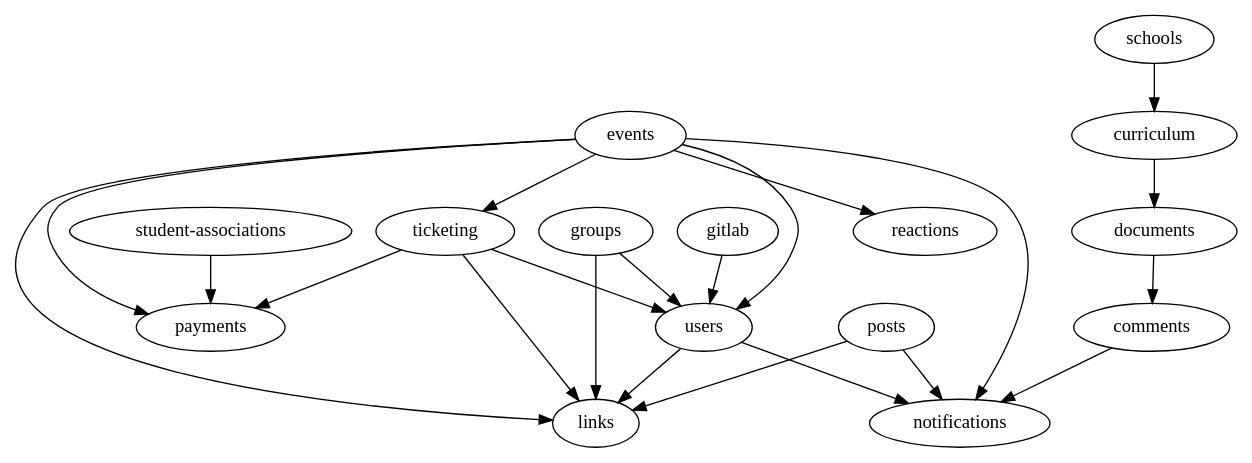
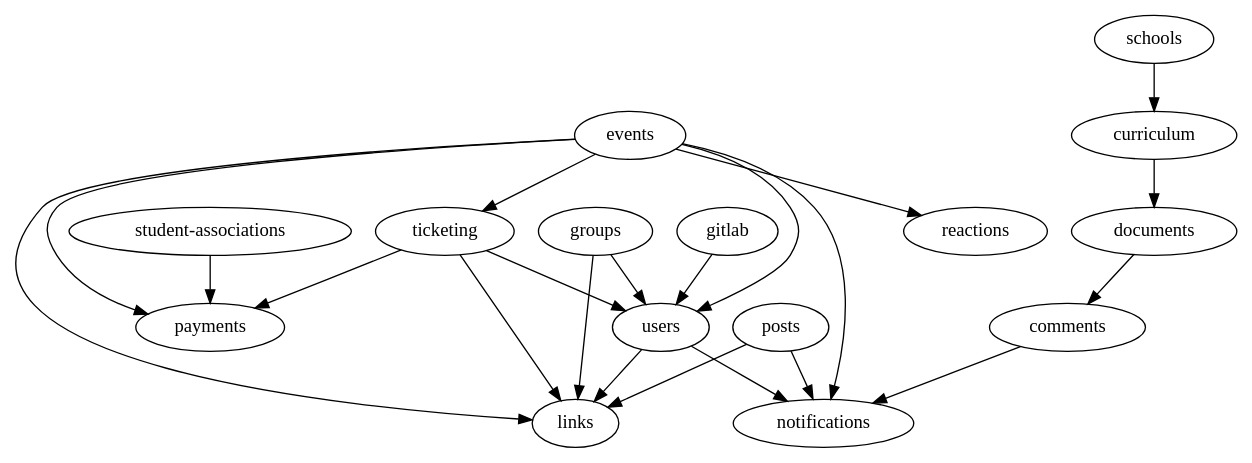
The diagram in packages/api/scripts/modules-import-graph.dot (inp-net/churros), drawn with Graphviz before and after one commit. The commit also changed other lines of this file and 14 other files, not shown here.

```diff
--- a/packages/api/scripts/modules-import-graph.dot
+++ b/packages/api/scripts/modules-import-graph.dot
@@ -1,38 +1,38 @@
 strict digraph  {
 documents;
 comments;
 schools;
 curriculum;
 "student-associations";
 payments;
 ticketing;
 links;
 users;
 groups;
 events;
+reactions;
 notifications;
-reactions;
 posts;
 gitlab;
 documents -> comments;
 comments -> notifications;
 schools -> curriculum;
 curriculum -> documents;
 "student-associations" -> payments;
+ticketing -> payments;
 ticketing -> links;
-ticketing -> payments;
 ticketing -> users;
+users -> links;
 users -> notifications;
-users -> links;
 groups -> links;
 groups -> users;
+events -> payments;
+events -> reactions;
+events -> notifications;
+events -> ticketing;
 events -> links;
-events -> notifications;
 events -> users;
-events -> payments;
-events -> ticketing;
-events -> reactions;
+posts -> links;
 posts -> notifications;
-posts -> links;
 gitlab -> users;
 }
```
